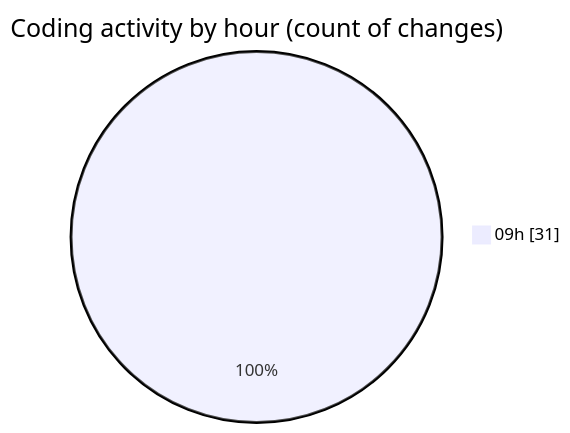
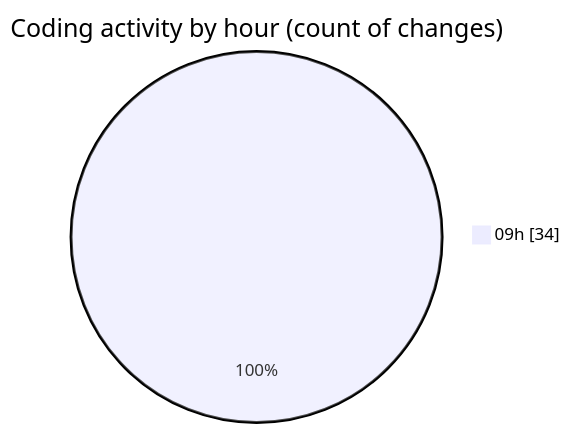
One commit to momahboobian/code-tracking changed the second of 2 diagrams in 2025-11-14/cda/README.md. Above: the diagram before and after it, drawn with Mermaid. The commit also changed other lines of this file and 1 other file, not shown here.

````diff
--- a/2025-11-14/cda/README.md
+++ b/2025-11-14/cda/README.md
@@ -46,5 +47,5 @@
 ```mermaid
 pie showData
 title Coding activity by hour (count of changes)
-"09h" : 31
+"09h" : 34
 ```
````
